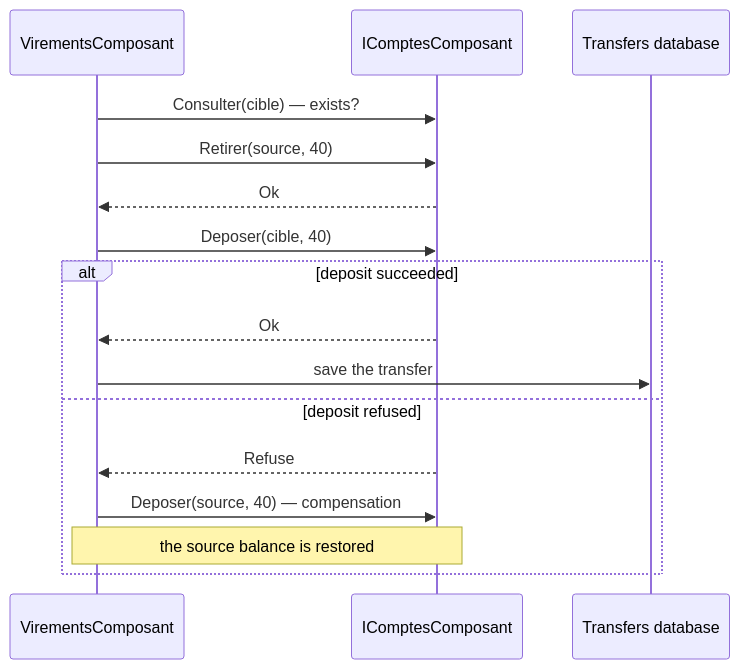
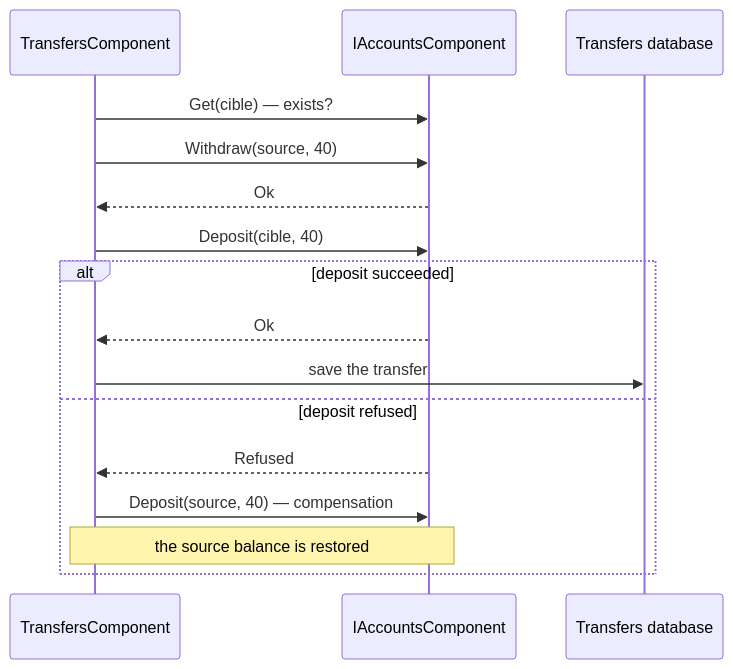
Before and after one commit to drangoht/ArchitecturesDemo: the third of 3 diagrams in Docs/en/06-composants.md, drawn with Mermaid. The commit also changed other lines of this file and 78 other files, not shown here.

First line of the commit message:
Docs EN : identifiants, liens, diagrammes et sorties alignés sur le code anglais

````diff
--- a/Docs/en/06-composants.md
+++ b/Docs/en/06-composants.md
@@ -139,18 +139,18 @@
 ```mermaid
 sequenceDiagram
-    participant V as VirementsComposant
-    participant C as IComptesComposant
+    participant V as TransfersComponent
+    participant C as IAccountsComponent
     participant DB as Transfers database
-    V->>C: Consulter(cible) — exists?
-    V->>C: Retirer(source, 40)
+    V->>C: Get(cible) — exists?
+    V->>C: Withdraw(source, 40)
     C-->>V: Ok
-    V->>C: Deposer(cible, 40)
+    V->>C: Deposit(cible, 40)
     alt deposit succeeded
         C-->>V: Ok
         V->>DB: save the transfer
     else deposit refused
-        C-->>V: Refuse
-        V->>C: Deposer(source, 40) — compensation
+        C-->>V: Refused
+        V->>C: Deposit(source, 40) — compensation
         Note over V,C: the source balance is restored
     end
 ```
````
